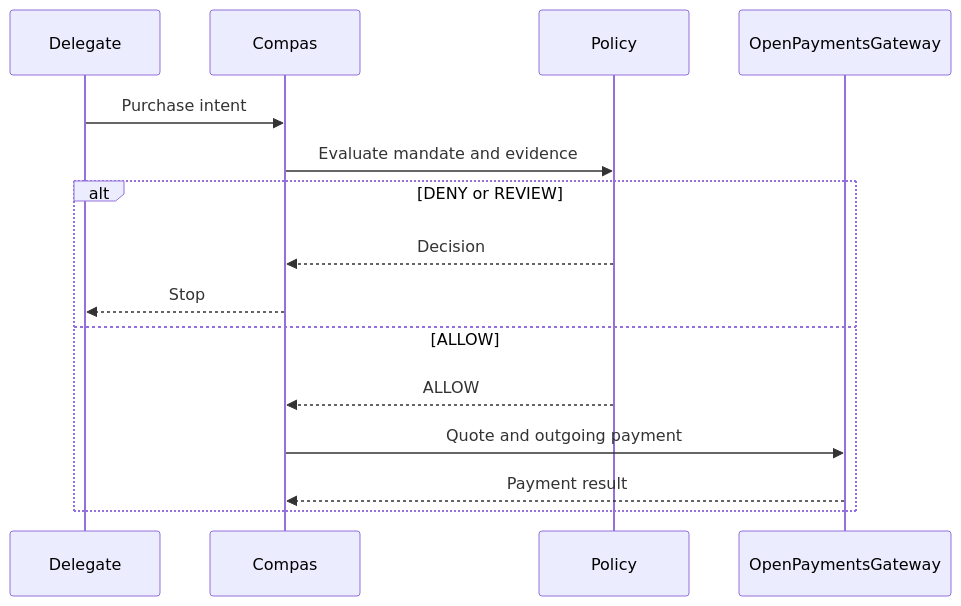
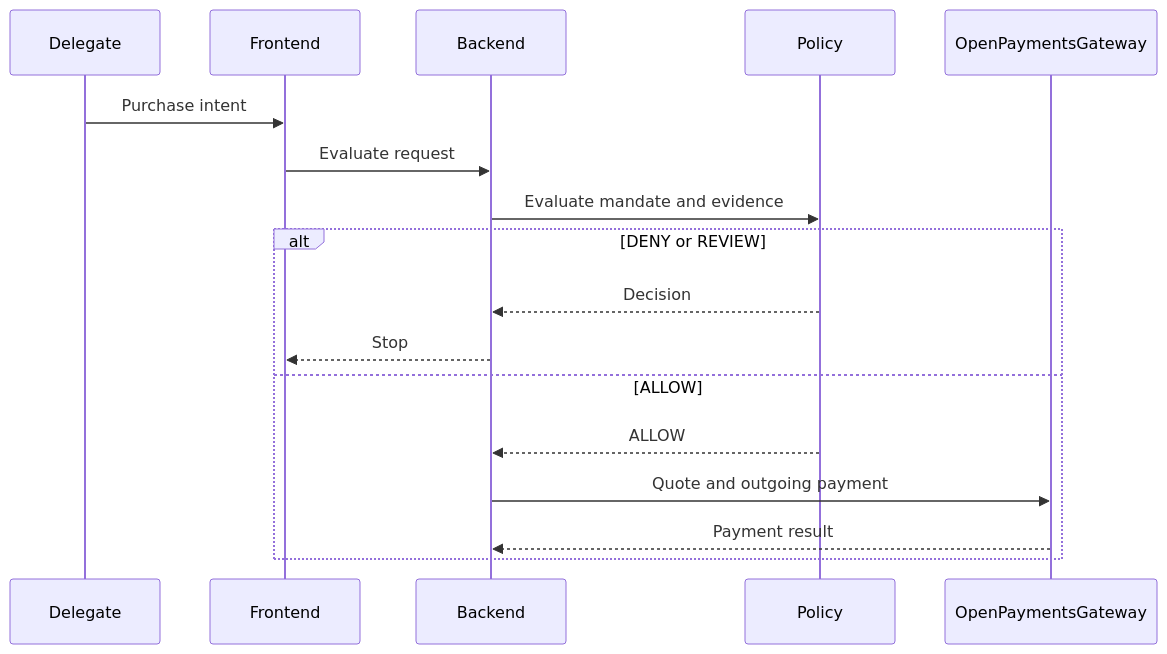
The fourth of 4 diagrams in docs/03-architecture.md (Juanqu261/compas-paypal), drawn with Mermaid before and after one commit. The commit also changed other lines of this file and 109 other files, not shown here.

````diff
--- a/docs/03-architecture.md
+++ b/docs/03-architecture.md
@@ -91,18 +104,20 @@
 ```mermaid
 sequenceDiagram
   participant Delegate
-  participant Compas
+  participant Frontend
+  participant Backend
   participant Policy
   participant Gateway as OpenPaymentsGateway
 
-  Delegate->>Compas: Purchase intent
-  Compas->>Policy: Evaluate mandate and evidence
+  Delegate->>Frontend: Purchase intent
+  Frontend->>Backend: Evaluate request
+  Backend->>Policy: Evaluate mandate and evidence
   alt DENY or REVIEW
-    Policy-->>Compas: Decision
-    Compas-->>Delegate: Stop
+    Policy-->>Backend: Decision
+    Backend-->>Frontend: Stop
   else ALLOW
-    Policy-->>Compas: ALLOW
-    Compas->>Gateway: Quote and outgoing payment
-    Gateway-->>Compas: Payment result
+    Policy-->>Backend: ALLOW
+    Backend->>Gateway: Quote and outgoing payment
+    Gateway-->>Backend: Payment result
   end
 ```
````
